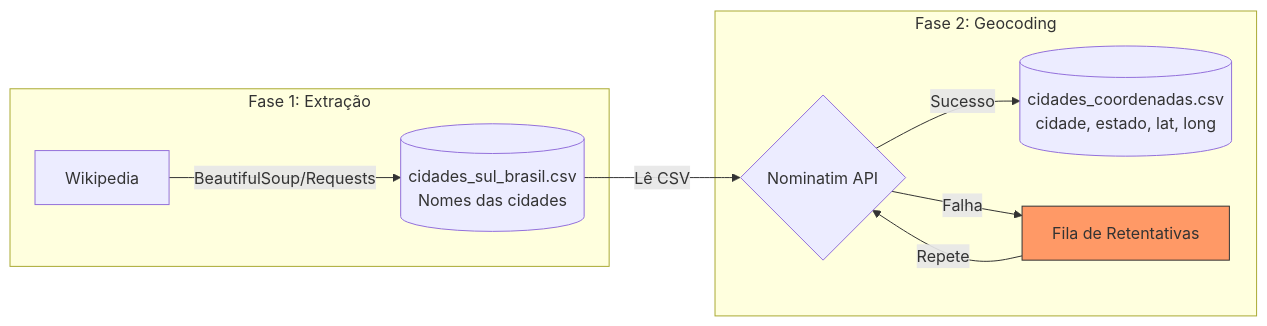
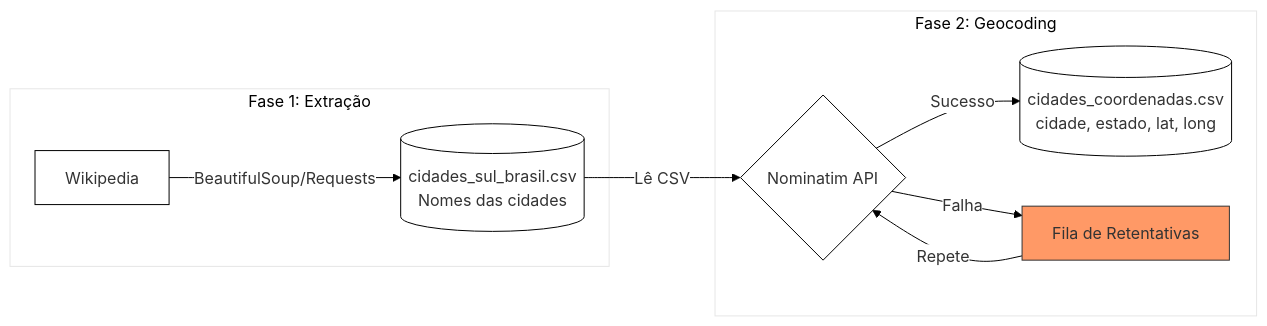
One commit to luizcaixeta/case_tecnico_10_pasteis changed the diagram in README.md. Above: the diagram before and after it, drawn with Mermaid.

````diff
--- a/README.md
+++ b/README.md
@@ -23,15 +23,16 @@
 ```mermaid
+%%{init: {'theme': 'base', 'themeVariables': { 'primaryColor': '#ffffff', 'background': '#ffffff', 'primaryBorderColor': '#000000', 'lineColor': '#000000'}}}%%
 flowchart LR
     subgraph "Fase 1: Extração"
         A[Wikipedia] -->|BeautifulSoup/Requests| B[("cidades_sul_brasil.csv"\nNomes das cidades)]
     end
 
     subgraph "Fase 2: Geocoding"
         B -->|Lê CSV| C{Nominatim API}
         C -->|Sucesso| D[("cidades_coordenadas.csv"\ncidade, estado, lat, long)]
         C -->|Falha| E[Fila de Retentativas]
         E -->|Repete| C
     end
 
     style E fill:#f96,stroke:#333
 ```
````
